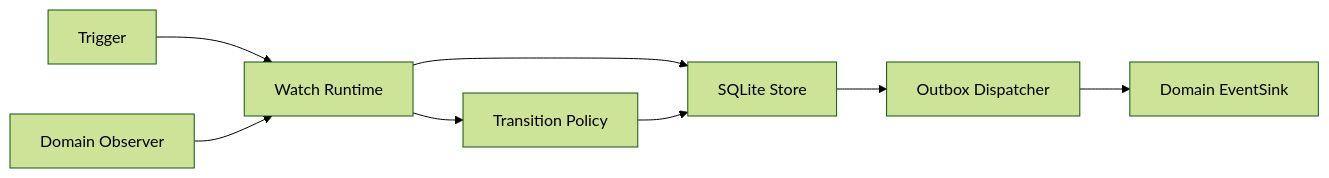
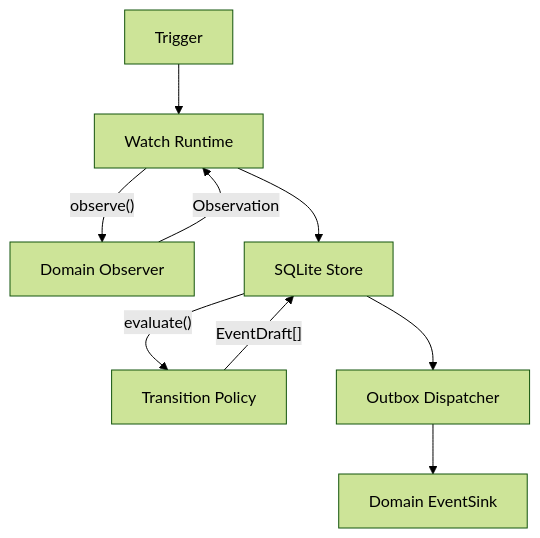
One commit to kongbu0621/watch-engine changed the first of 4 diagrams in docs/architecture.zh-CN.md. Above: the diagram before and after it, drawn with Mermaid (forest theme). The commit also changed other lines of this file and 8 other files, not shown here.

````diff
--- a/docs/architecture.zh-CN.md
+++ b/docs/architecture.zh-CN.md
@@ -32,10 +32,11 @@
 ```mermaid
-flowchart LR
+flowchart TD
     T["Trigger"] --> R["Watch Runtime"]
-    O["Domain Observer"] --> R
+    R -->|"observe()"| O["Domain Observer"]
+    O -->|"Observation"| R
     R --> S["SQLite Store"]
-    R --> P["Transition Policy"]
-    P --> S
+    S -->|"evaluate()"| P["Transition Policy"]
+    P -->|"EventDraft[]"| S
     S --> D["Outbox Dispatcher"]
     D --> E["Domain EventSink"]
 ```
````
